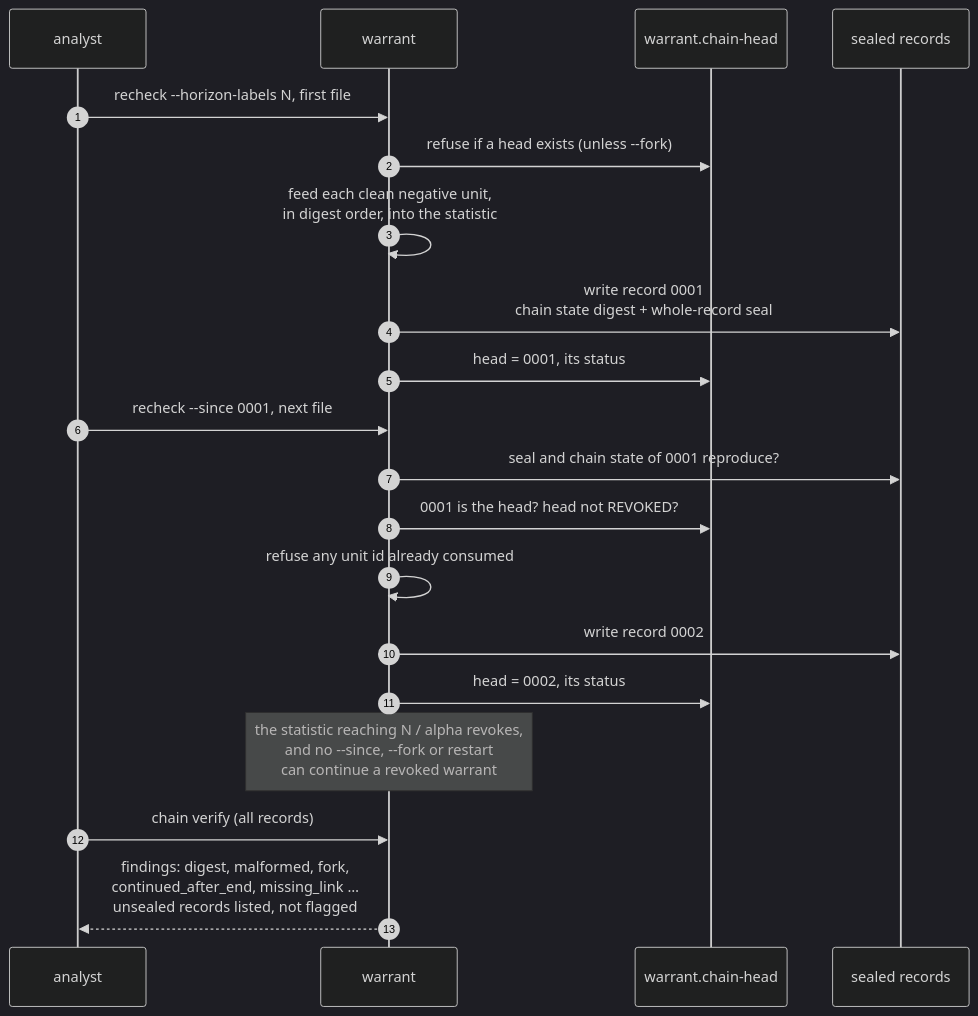
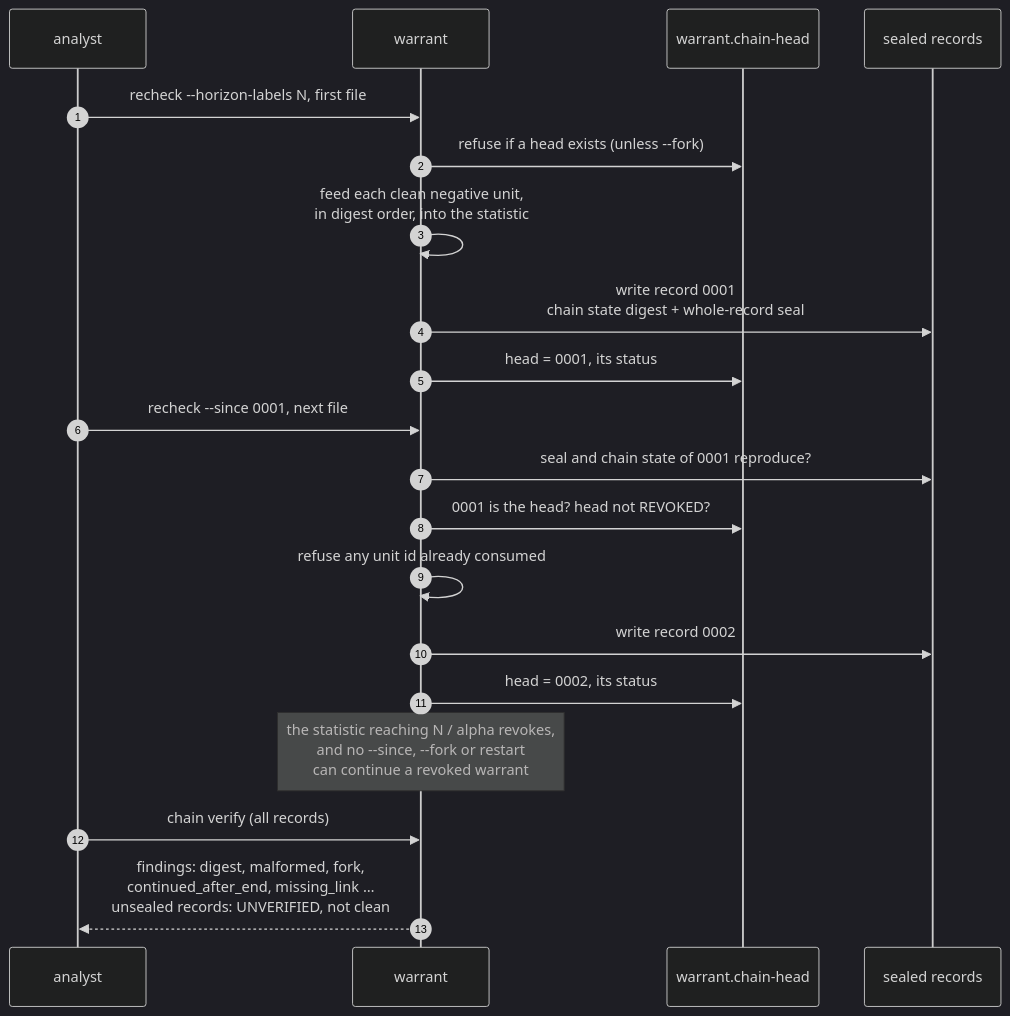
One commit to Aditya26189/Warrant changed diagram 13 of 15 in docs/DIAGRAMS.md. Above: the diagram before and after it, drawn with Mermaid (dark theme). The commit also changed 13 other files, not shown here.

````diff
--- a/docs/DIAGRAMS.md
+++ b/docs/DIAGRAMS.md
@@ -518,26 +518,26 @@
 ```mermaid
 sequenceDiagram
     autonumber
     participant U as analyst
     participant W as warrant
     participant H as warrant.chain-head
     participant R as sealed records
 
     U->>W: recheck --horizon-labels N, first file
     W->>H: refuse if a head exists (unless --fork)
     W->>W: feed each clean negative unit,<br/>in digest order, into the statistic
     W->>R: write record 0001<br/>chain state digest + whole-record seal
     W->>H: head = 0001, its status
 
     U->>W: recheck --since 0001, next file
     W->>R: seal and chain state of 0001 reproduce?
     W->>H: 0001 is the head? head not REVOKED?
     W->>W: refuse any unit id already consumed
     W->>R: write record 0002
     W->>H: head = 0002, its status
 
     Note over W: the statistic reaching N / alpha revokes,<br/>and no --since, --fork or restart<br/>can continue a revoked warrant
 
     U->>W: chain verify (all records)
-    W-->>U: findings: digest, malformed, fork,<br/>continued_after_end, missing_link …<br/>unsealed records listed, not flagged
+    W-->>U: findings: digest, malformed, fork,<br/>continued_after_end, missing_link …<br/>unsealed records: UNVERIFIED, not clean
 ```
````
